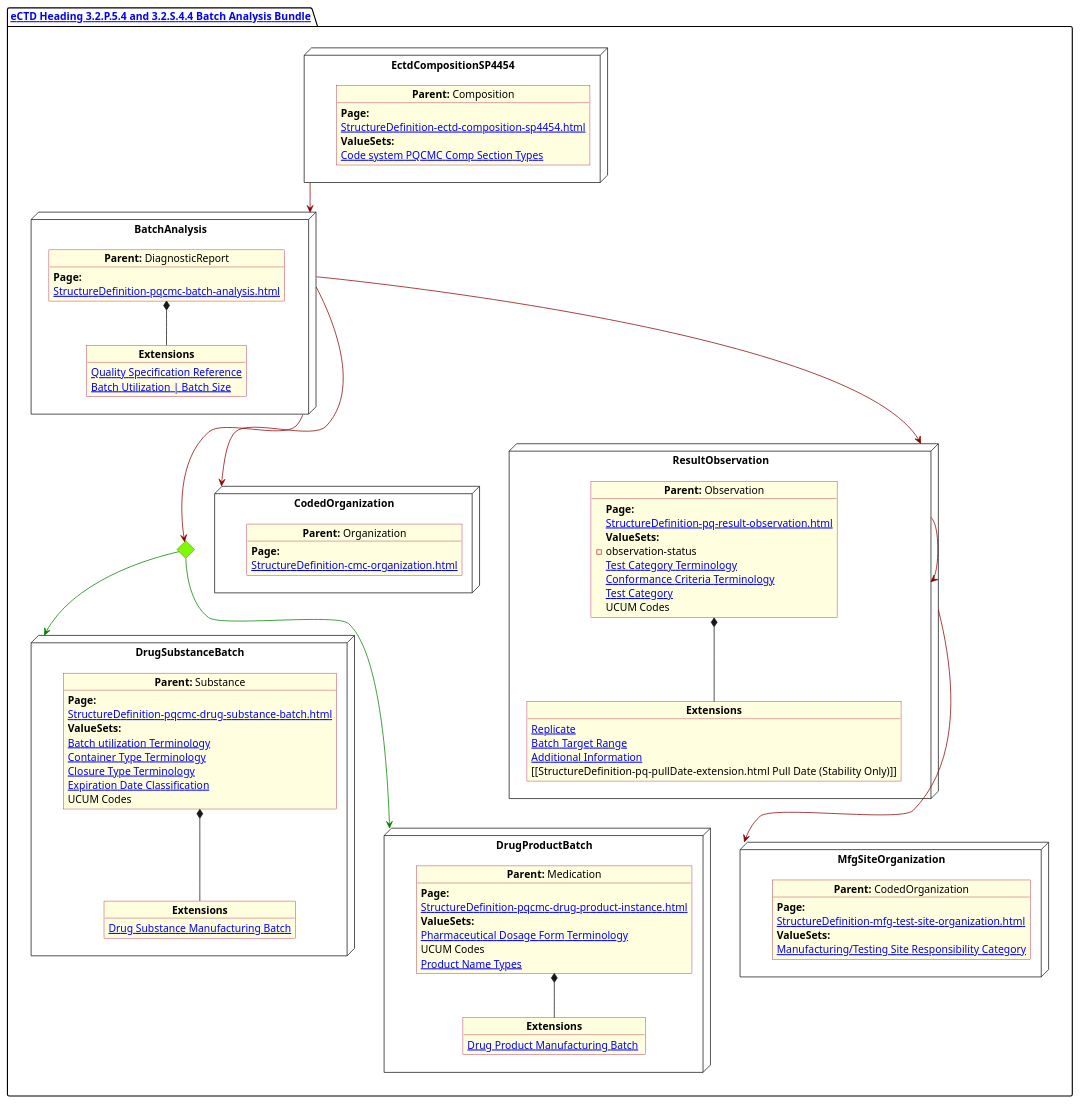
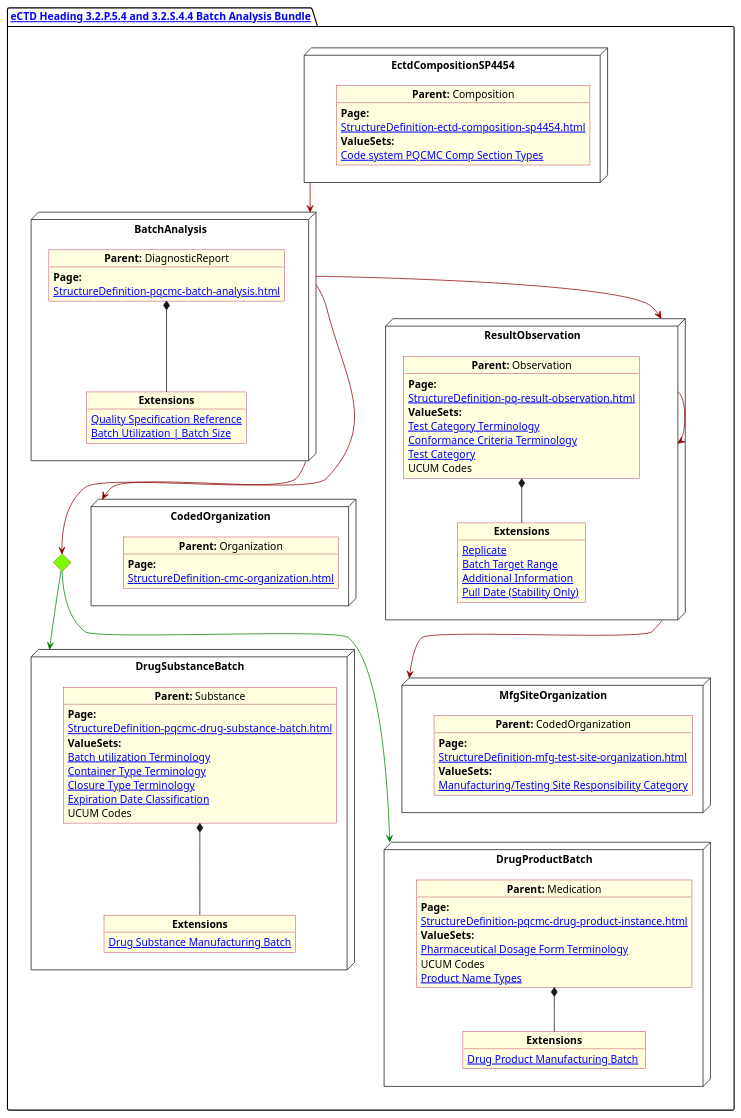
The diagram in input/images-source/BatchAnalysis.plantuml (HL7/FHIR-us-pq-cmc-fda), drawn with PlantUML before and after one commit.

Commit message:
Corrections to Batch Analysis diagram

```diff
--- a/input/images-source/BatchAnalysis.plantuml
+++ b/input/images-source/BatchAnalysis.plantuml
@@ -1,128 +1,127 @@
 @startuml BatchAnalysis
 allowmixing
 'Mixed model of use case and object
 skinparam svgDimensionStyle false
 skinparam ObjectBackgroundColor LightYellow
 skinparam ObjectBorderColor #A80036
 skinparam activityDiamondBorderColor #A80036
 skinparam activityDiamondBackgroundColor lawnGreen
 skinparam ClassBorderThickness 4
 
 
 package "[[StructureDefinition-cmc-ectd-document-sp4454.html eCTD Heading 3.2.P.5.4 and 3.2.S.4.4 Batch Analysis Bundle]]" as NODES {
 
   node "EctdCompositionSP4454" as N1 {
     object "**Parent:** Composition" as obj1 {
       **Page:**
       [[StructureDefinition-ectd-composition-sp4454.html]]
 
       **ValueSets:**
       [[ValueSet-cmc-comp-section-types-vs.html Code system PQCMC Comp Section Types]]
     }
   }
 
   node "BatchAnalysis" as  BatchAnalysis {
     object "**Parent:** DiagnosticReport" as obj2 {
       **Page:**
       [[StructureDefinition-pqcmc-batch-analysis.html]]
     }
     object "**Extensions**" as  obj2Ex {
       [[StructureDefinition-pq-quality-specification-extension.html Quality Specification Reference]]
       [[StructureDefinition-drug-product-manufacturing-batch.html Batch Utilization | Batch Size ]]
     }
     obj2 *-- obj2Ex
   }
 
   node "CodedOrganization" as CodedOrganization {
 
     object "**Parent:** Organization" as objAu {
       **Page:**
       [[StructureDefinition-cmc-organization.html]]
     }
   }
 
   node "DrugProductBatch" as DrugProductBatch {
     object "**Parent:** Medication" as obj3 {
       **Page:**
       [[StructureDefinition-pqcmc-drug-product-instance.html]]
 
       **ValueSets:**
       [[ValueSet-spl-pharmaceutical-dosage-form-terminology.html Pharmaceutical Dosage Form Terminology]]
       UCUM Codes
       [[ValueSet-cmc-product-name-types-vs.html Product Name Types]]
     }
 
     object "**Extensions**" as  objExsBatch {
 
       [[StructureDefinition-drug-product-manufacturing-batch.html Drug Product Manufacturing Batch ]]
     }
     obj3 *-- objExsBatch
   }
 
 
   node "DrugSubstanceBatch" as DrugSubstanceBatch {
 
     object "**Parent:** Substance" as obj4 {
       **Page:**
       [[StructureDefinition-pqcmc-drug-substance-batch.html]]
 
       **ValueSets:**
       [[ValueSet-pqcmc-batch-utilization-terminology.html Batch utilization Terminology]]
       [[ValueSet-pqcmc-container-type-terminology.html Container Type Terminology]]
       [[ValueSet-pqcmc-closure-type-terminology.html Closure Type Terminology]]
       [[ValueSet-pqcmc-expiration-date-classification-terminology.html Expiration Date Classification]]
       UCUM Codes
     }
     object "**Extensions**" as objXDs {
 
       [[StructureDefinition-drug-substance-manufacturing-batch.html Drug Substance Manufacturing Batch]]
     }
     obj4 *-- objXDs
   }
 
   node "MfgSiteOrganization" as  MfgSiteOrganization {
     object "**Parent:** CodedOrganization" as obj5 {
       **Page:**
       [[StructureDefinition-mfg-test-site-organization.html]]
 
       **ValueSets:**
       [[ValueSet-pqcmc-mfg-testing-site-terminology.html Manufacturing/Testing Site Responsibility Category]]
     }
   }
 
   node "ResultObservation" as ResultObservation  {
 
     object "**Parent:** Observation" as obj6 {
       **Page:**
       [[StructureDefinition-pq-result-observation.html]]
 
       **ValueSets:**
-      - observation-status
       [[ValueSet-pqcmc-test-category-terminology.html Test Category Terminology]]
       [[ValueSet-pqcmc-conformance-to-criteria-terminology.html Conformance Criteria Terminology]]
       [[ValueSet-pqcmc-test-category-terminology.html Test Category]]
       UCUM Codes
     }
 
     object "**Extensions**" as objXObs {
       [[StructureDefinition-pq-replicate-extension.html Replicate]]
       [[StructureDefinition-pq-batch-range.html Batch Target Range]]
       [[StructureDefinition-pq-additional-info-extension.html Additional Information]]
-      [[StructureDefinition-pq-pullDate-extension.html  Pull Date (Stability Only)]]
+      [[StructureDefinition-pq-pullDate-extension.html Pull Date (Stability Only) ]]
     }
     obj6 *-- objXObs
   }
 
   diamond CH
 
 
   BatchAnalysis -[#darkred]--> CodedOrganization
-  BatchAnalysis -[#darkred]--> ResultObservation
+  BatchAnalysis -[#darkred]-> ResultObservation
   BatchAnalysis -[#darkred]--> CH
   CH -[#green]--> DrugProductBatch
   CH -[#green]-> DrugSubstanceBatch
   ResultObservation -[#darkred]--> MfgSiteOrganization
   ResultObservation -[#darkred]-> ResultObservation
   N1 -[#darkred]-> BatchAnalysis
 }
 @enduml
```
